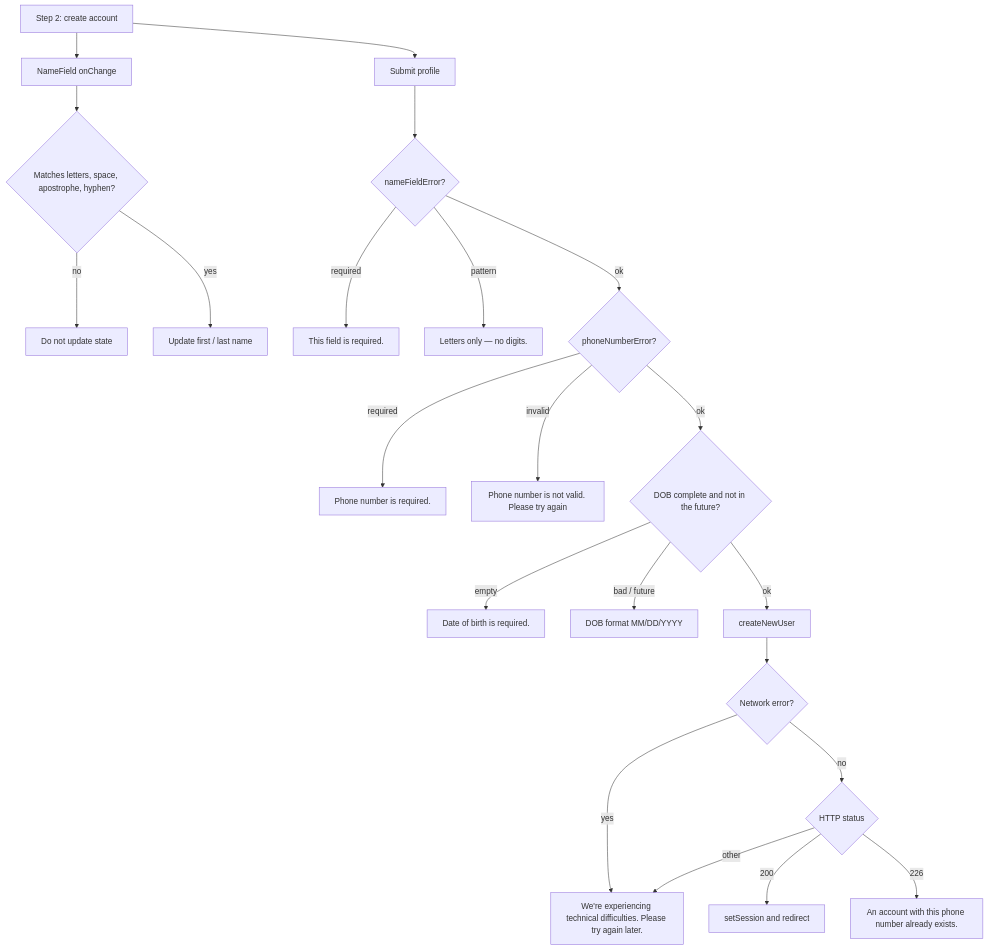
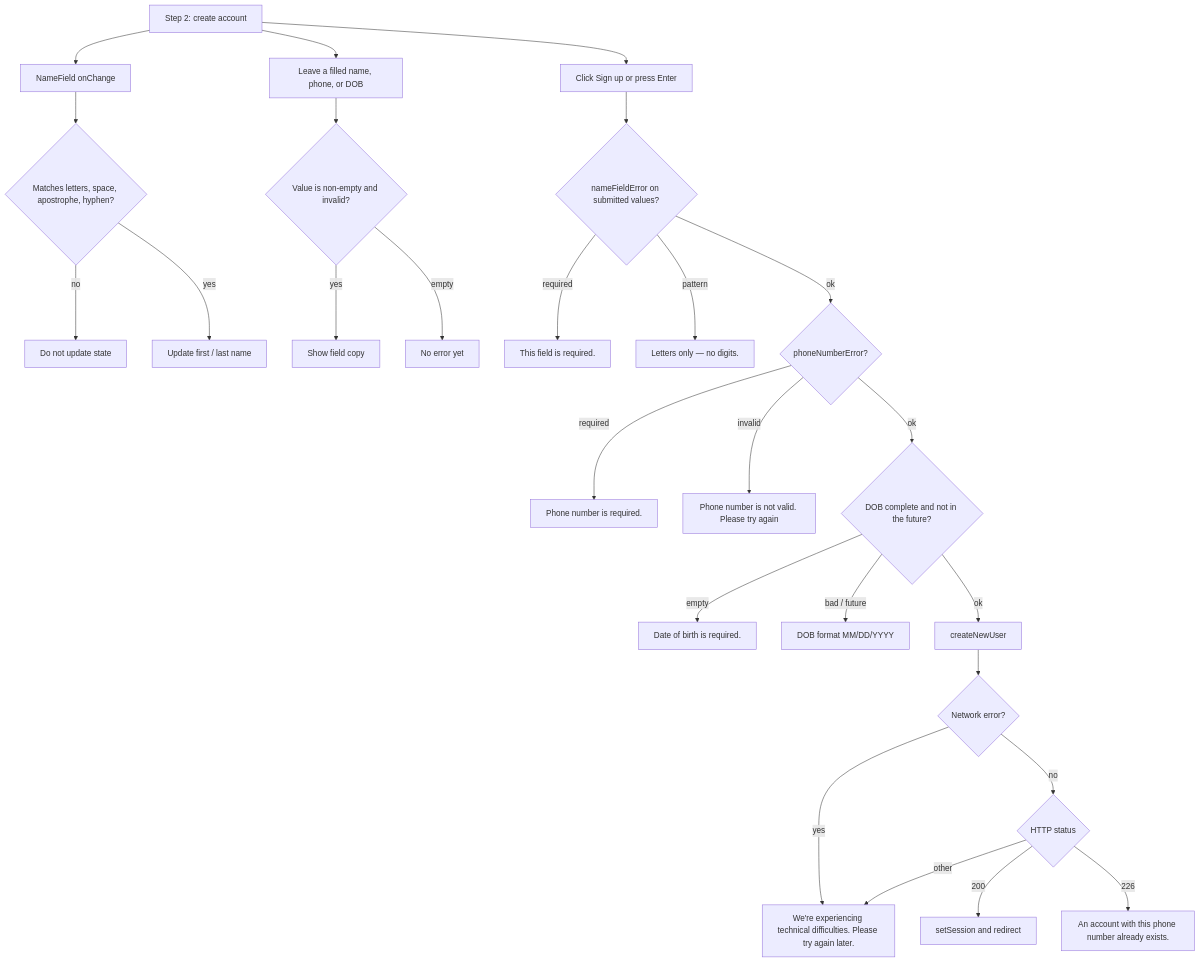
One commit to CRE8Interactions/frontend-buyer-app changed the diagram in docs/create-account-validations.mmd. Above: the diagram before and after it, drawn with Mermaid. The commit also changed 30 other files, not shown here.

```diff
--- a/docs/create-account-validations.mmd
+++ b/docs/create-account-validations.mmd
@@ -1,31 +1,36 @@
 %% Step 2: create account
 %% Source: app/login/page.tsx and lib/fieldValidation.ts
 %% Email is shown disabled (from Step 0) and is not validated on this form
 %% Network: We're experiencing technical difficulties. Please try again later.
 
 flowchart TD
   profileStep[Step 2: create account] --> liveNames[NameField onChange]
   liveNames --> nameFilter{Matches letters, space, apostrophe, hyphen?}
   nameFilter -->|no| ignoreKey[Do not update state]
   nameFilter -->|yes| namesOk[Update first / last name]
 
-  profileStep --> submit[Submit profile]
-  submit --> checkNames{nameFieldError?}
+  profileStep --> blurHint[Leave a filled name, phone, or DOB]
+  blurHint --> blurCheck{Value is non-empty and invalid?}
+  blurCheck -->|yes| showHint[Show field copy]
+  blurCheck -->|empty| stayQuiet[No error yet]
+
+  profileStep --> submit[Click Sign up or press Enter]
+  submit --> checkNames{nameFieldError on submitted values?}
   checkNames -->|required| nameReq[This field is required.]
   checkNames -->|pattern| namePat[Letters only — no digits.]
   checkNames -->|ok| checkPhone{phoneNumberError?}
 
   checkPhone -->|required| phoneReq[Phone number is required.]
   checkPhone -->|invalid| phoneBad[Phone number is not valid. Please try again]
   checkPhone -->|ok| checkDob{DOB complete and not in the future?}
 
   checkDob -->|empty| dobReq[Date of birth is required.]
   checkDob -->|bad / future| dobBad[DOB format MM/DD/YYYY]
   checkDob -->|ok| createUser[createNewUser]
 
   createUser --> createNet{Network error?}
   createNet -->|yes| network["We're experiencing technical difficulties. Please try again later."]
   createNet -->|no| createStatus{HTTP status}
   createStatus -->|200| sessionOk[setSession and redirect]
   createStatus -->|226| phoneExists[An account with this phone number already exists.]
   createStatus -->|other| network
```
